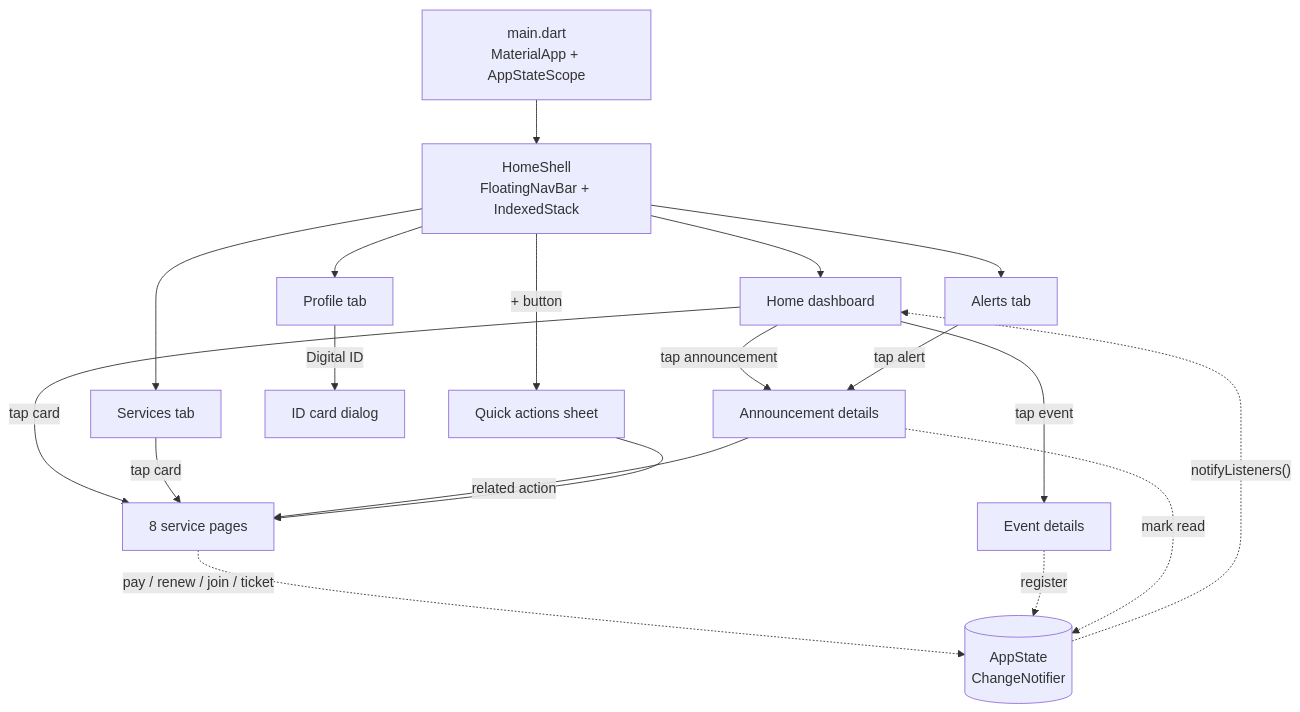
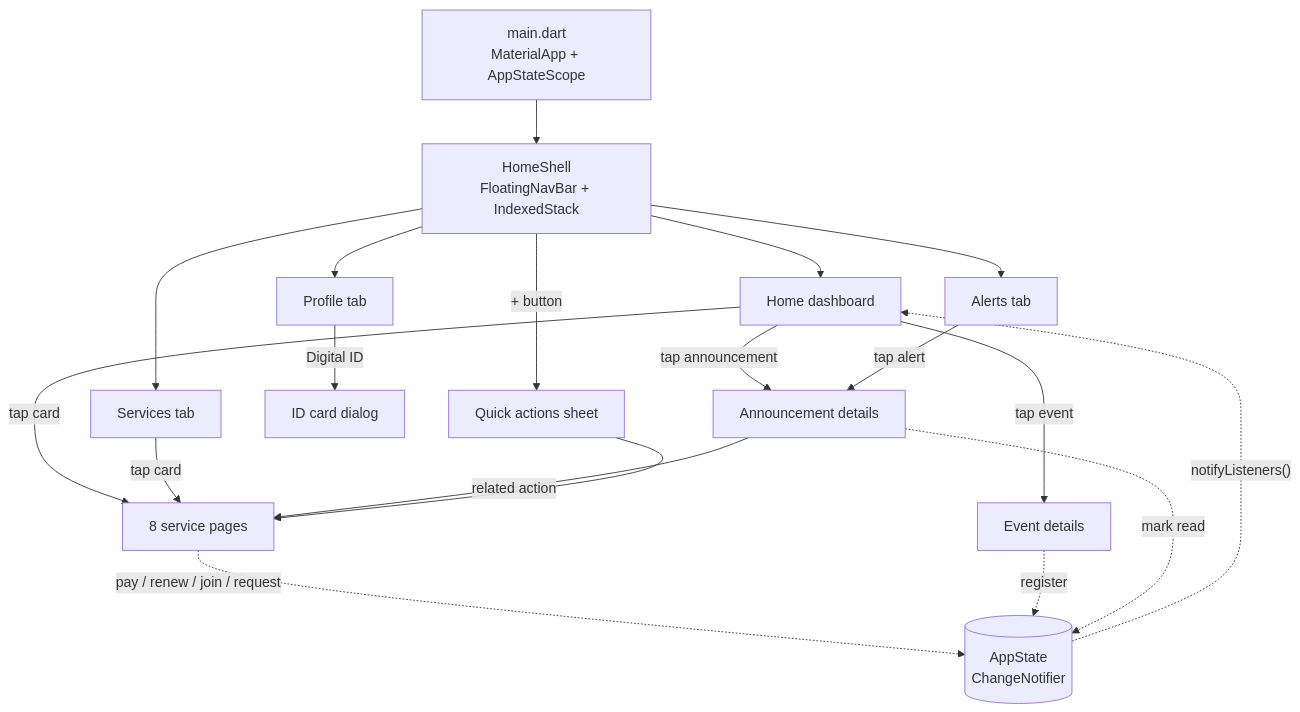
One commit to faahee/quadrangle-campus-app changed the diagram in README.md. Above: the diagram before and after it, drawn with Mermaid. The commit also changed other lines of this file and 52 other files, not shown here.

````diff
--- a/README.md
+++ b/README.md
@@ -242,21 +249,21 @@
 ```mermaid
 flowchart TD
     A["main.dart<br/>MaterialApp + AppStateScope"] --> B["HomeShell<br/>FloatingNavBar + IndexedStack"]
     B --> H["Home dashboard"]
     B --> S["Services tab"]
     B --> AL["Alerts tab"]
     B --> P["Profile tab"]
     H -- "tap card" --> SV["8 service pages"]
     S -- "tap card" --> SV
     H -- "tap announcement" --> AD["Announcement details"]
     AL -- "tap alert" --> AD
     AD -- "related action" --> SV
     H -- "tap event" --> ED["Event details"]
     P -- "Digital ID" --> ID["ID card dialog"]
     B -- "+ button" --> QA["Quick actions sheet"]
     QA --> SV
-    SV -. "pay / renew / join / ticket" .-> ST[("AppState<br/>ChangeNotifier")]
+    SV -. "pay / renew / join / request" .-> ST[("AppState<br/>ChangeNotifier")]
     ED -. "register" .-> ST
     AD -. "mark read" .-> ST
     ST -. "notifyListeners()" .-> H
 ```
````
